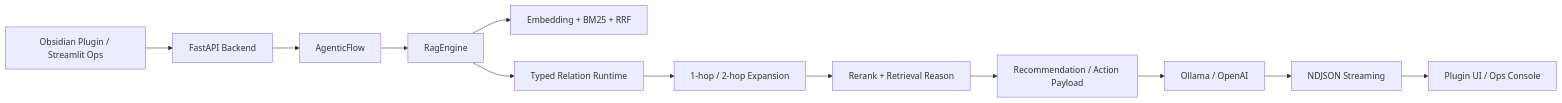
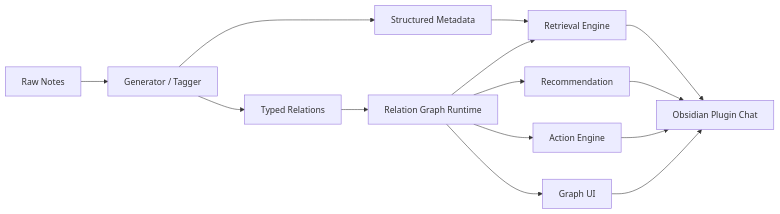
One commit to Sichanvisit/Sichanvisit.github.io changed the diagram in _portfolio/obsidian-rag2.md. Above: the diagram before and after it, drawn with Mermaid. The commit also changed other lines of this file and 3 other files, not shown here.

````diff
--- a/_portfolio/obsidian-rag2.md
+++ b/_portfolio/obsidian-rag2.md
@@ -36,14 +111,16 @@
 ```mermaid
 flowchart LR
-    User["Obsidian Plugin / Streamlit Ops"] --> API["FastAPI Backend"]
-    API --> Flow["AgenticFlow"]
-    Flow --> Search["RagEngine"]
-    Search --> Hybrid["Embedding + BM25 + RRF"]
-    Search --> Relation["Typed Relation Runtime"]
-    Relation --> Expand["1-hop / 2-hop Expansion"]
-    Expand --> Rank["Rerank + Retrieval Reason"]
-    Rank --> Action["Recommendation / Action Payload"]
-    Action --> LLM["Ollama / OpenAI"]
-    LLM --> Stream["NDJSON Streaming"]
-    Stream --> Client["Plugin UI / Ops Console"]
+    A["Raw Notes"] --> B["Generator / Tagger"]
+    B --> C["Structured Metadata"]
+    B --> D["Typed Relations"]
+    C --> E["Retrieval Engine"]
+    D --> F["Relation Graph Runtime"]
+    F --> E
+    F --> G["Recommendation"]
+    F --> H["Action Engine"]
+    F --> I["Graph UI"]
+    E --> J["Obsidian Plugin Chat"]
+    G --> J
+    H --> J
+    I --> J
 ```
````
